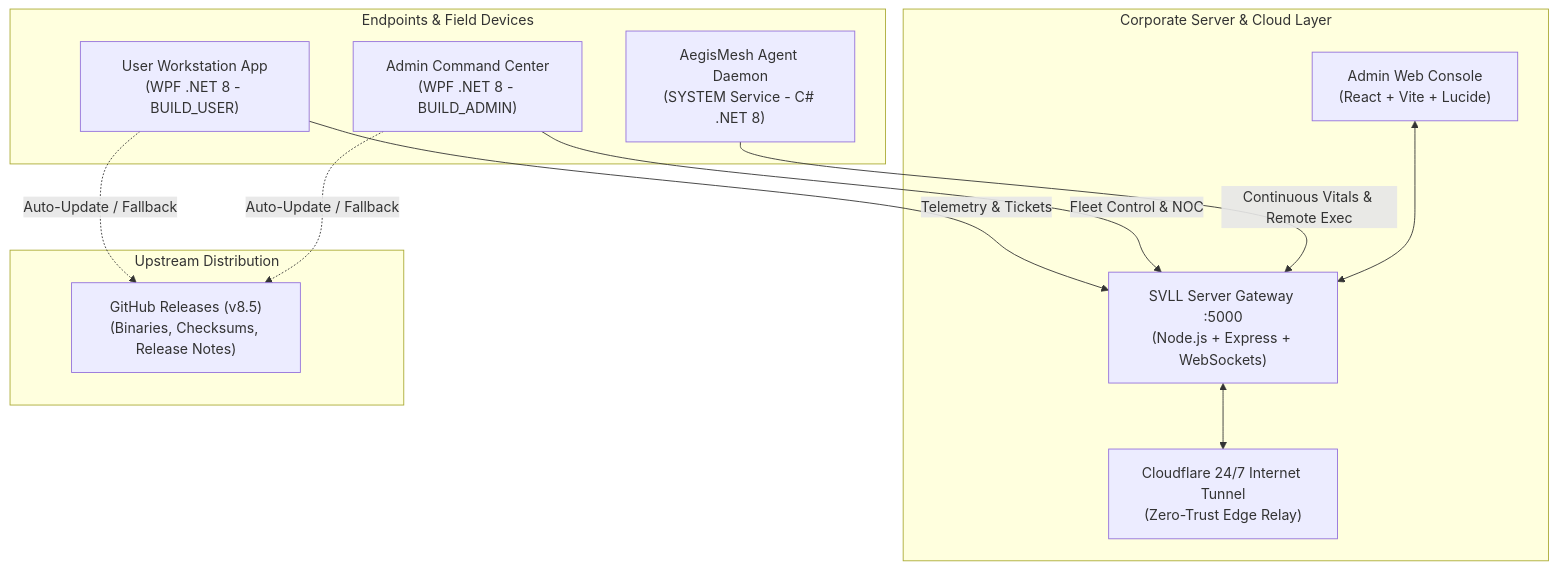
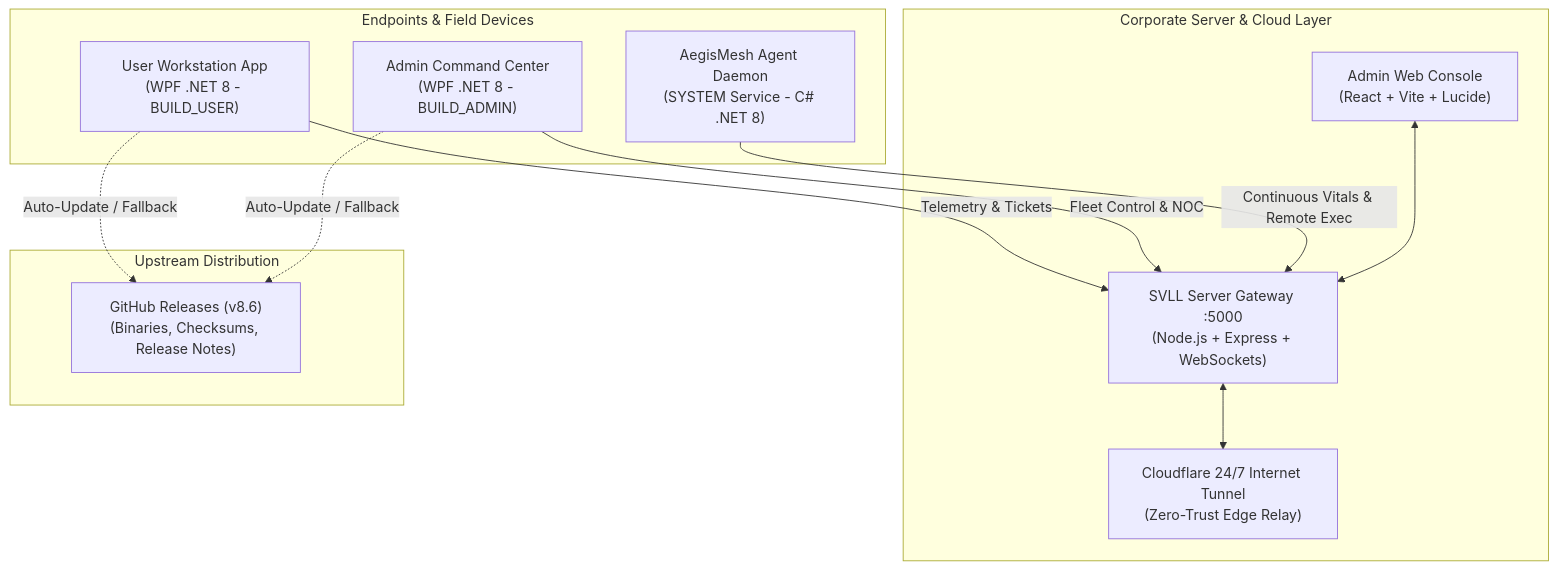
The diagram in README.md (kunal-dev-stack/svll-workstation), drawn with Mermaid before and after one commit. The commit also changed other lines of this file and 21 other files, not shown here.

Commit message:
Release v8.6: CCTV & NVR Fleet Suite with 46 Hubs, Diagnostic Studio, Hardware RTSP, Playback Timeline & In-App Updater

````diff
--- a/README.md
+++ b/README.md
@@ -44,26 +44,26 @@
 ```mermaid
 graph TB
     subgraph Endpoints["Endpoints & Field Devices"]
         U["User Workstation App\n(WPF .NET 8 - BUILD_USER)"]
         A["Admin Command Center\n(WPF .NET 8 - BUILD_ADMIN)"]
         D["AegisMesh Agent Daemon\n(SYSTEM Service - C# .NET 8)"]
     end
 
     subgraph Infrastructure["Corporate Server & Cloud Layer"]
         GW["SVLL Server Gateway :5000\n(Node.js + Express + WebSockets)"]
         CF["Cloudflare 24/7 Internet Tunnel\n(Zero-Trust Edge Relay)"]
         WEB["Admin Web Console\n(React + Vite + Lucide)"]
     end
 
     subgraph Upstream["Upstream Distribution"]
-        GH["GitHub Releases (v8.5)\n(Binaries, Checksums, Release Notes)"]
+        GH["GitHub Releases (v8.6)\n(Binaries, Checksums, Release Notes)"]
     end
 
     U -->|Telemetry & Tickets| GW
     A -->|Fleet Control & NOC| GW
     D -->|Continuous Vitals & Remote Exec| GW
     GW <--> CF
     WEB <--> GW
     U -.->|Auto-Update / Fallback| GH
     A -.->|Auto-Update / Fallback| GH
 ```
````
